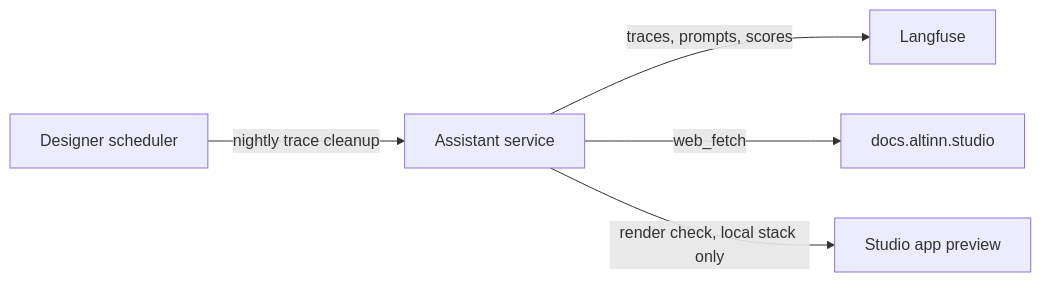
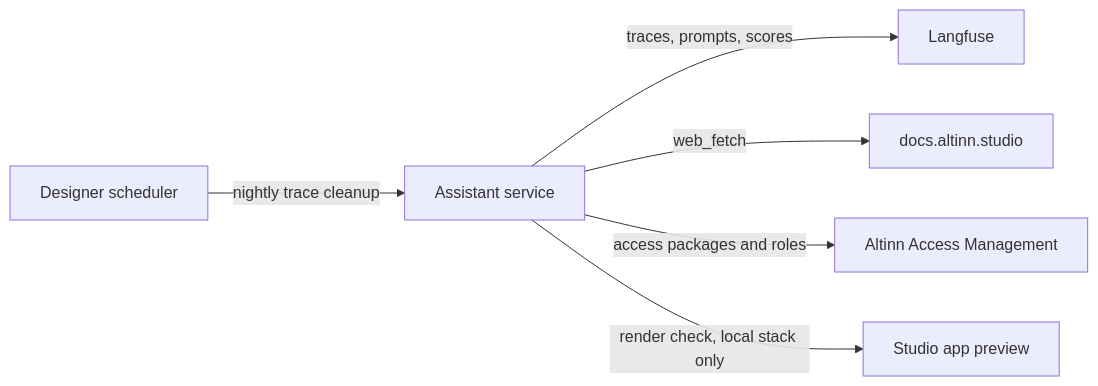
Before and after one commit to Altinn/altinn-studio: the second of 10 diagrams in src/AI/assistant/docs/2-system-context.md, drawn with Mermaid. The commit also changed 27 other files, not shown here.

First line of the commit message:
feat(assistant): read access packages and roles from Access Management

````diff
--- a/src/AI/assistant/docs/2-system-context.md
+++ b/src/AI/assistant/docs/2-system-context.md
@@ -24,7 +24,8 @@
 ```mermaid
 flowchart LR
   A["Assistant service"] -->|traces, prompts, scores| F["Langfuse"]
   A -->|web_fetch| W["docs.altinn.studio"]
+  A -->|access packages and roles| M["Altinn Access Management"]
   A -->|render check, local stack only| P["Studio app preview"]
   Q["Designer scheduler"] -->|nightly trace cleanup| A
 ```
````
